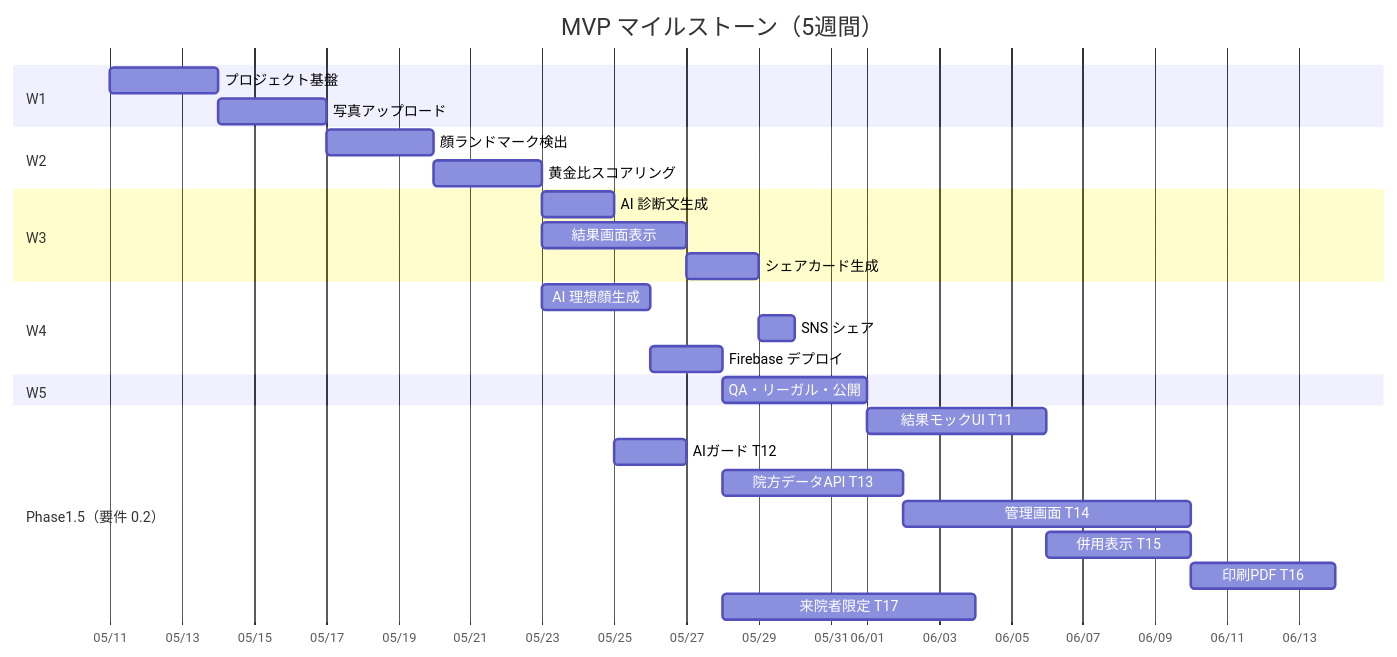
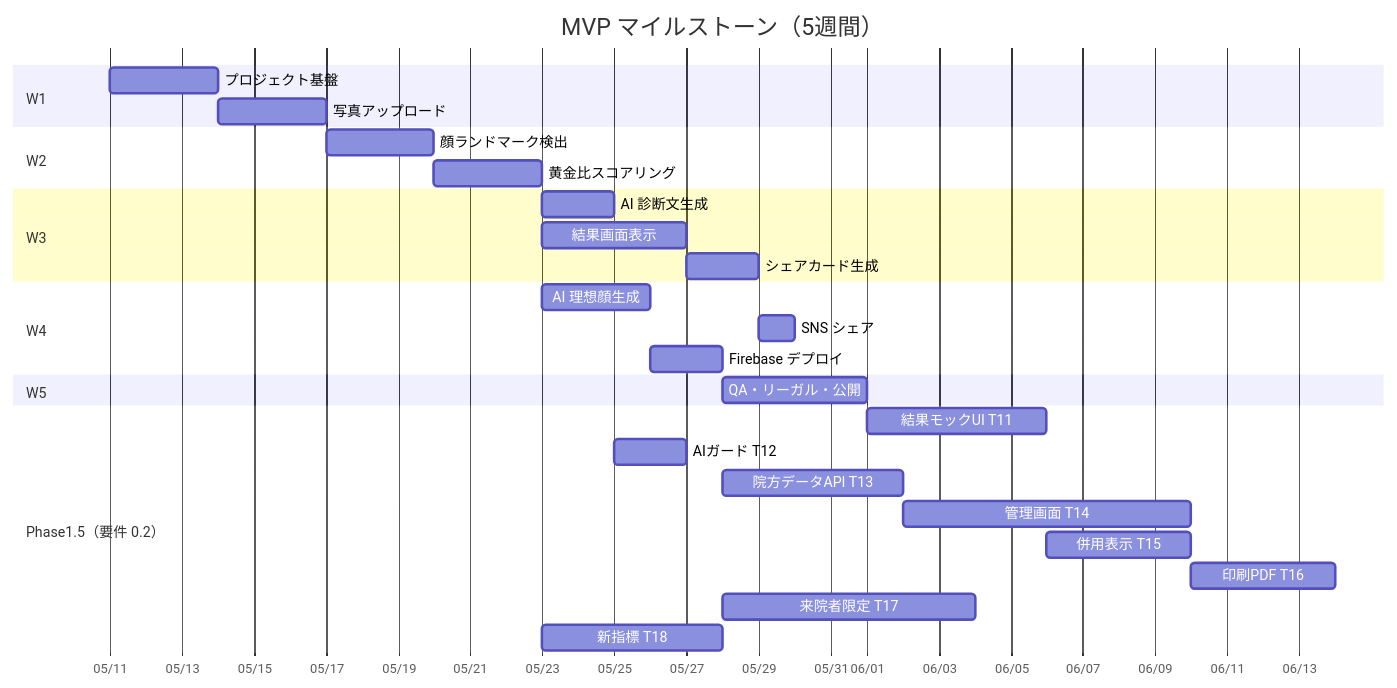
One commit to tiamclinic/AI-Doctor changed the diagram in docs/INDEX.md. Above: the diagram before and after it, drawn with Mermaid. The commit also changed other lines of this file and 85 other files, not shown here.

````diff
--- a/docs/INDEX.md
+++ b/docs/INDEX.md
@@ -44,30 +45,31 @@
 ```mermaid
 gantt
     title MVP マイルストーン（5週間）
     dateFormat YYYY-MM-DD
     axisFormat %m/%d
     section W1
     プロジェクト基盤        :a0, 2026-05-11, 3d
     写真アップロード        :a1, after a0, 3d
     section W2
     顔ランドマーク検出      :a2, after a1, 3d
     黄金比スコアリング      :a3, after a2, 3d
     section W3
     AI 診断文生成           :a4, after a3, 2d
     結果画面表示            :a5, after a3, 4d
     シェアカード生成        :a6, after a5, 2d
     section W4
     AI 理想顔生成           :a7, after a3, 3d
     SNS シェア              :a8, after a6, 1d
     Firebase デプロイ       :a9, after a7, 2d
     section W5
     QA・リーガル・公開      :a10, after a9, 4d
     section Phase1.5（要件 0.2）
     結果モックUI T11      :b11, after a10, 5d
     AIガード T12          :b12, after a4, 2d
     院方データAPI T13     :b13, after a9, 5d
     管理画面 T14          :b14, after b13, 8d
     併用表示 T15          :b15, after b11, 4d
     印刷PDF T16           :b16, after b15, 4d
     来院者限定 T17        :b17, after a9, 7d
+    新指標 T18            :b18, after a3, 5d
 ```
````
